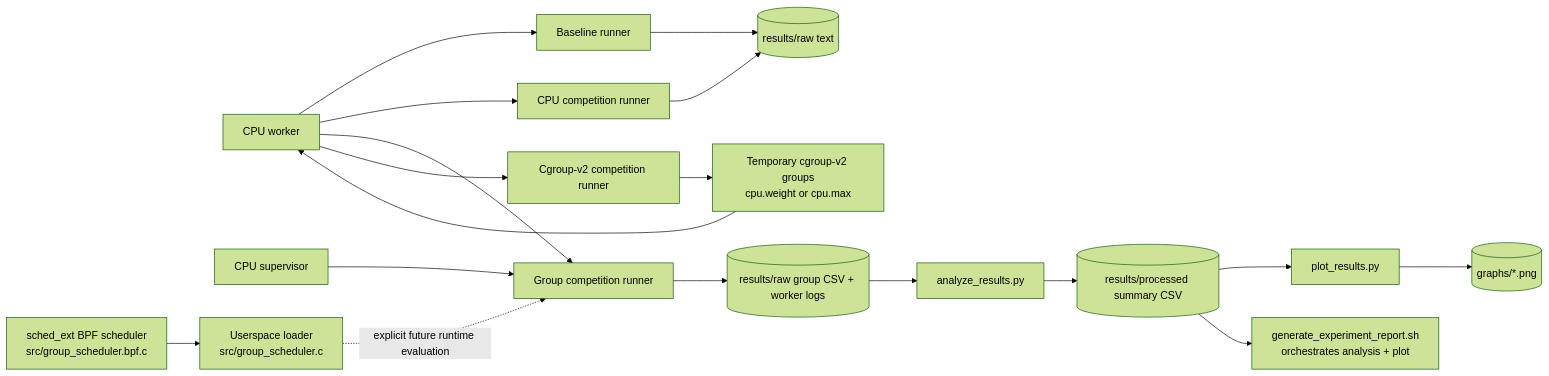
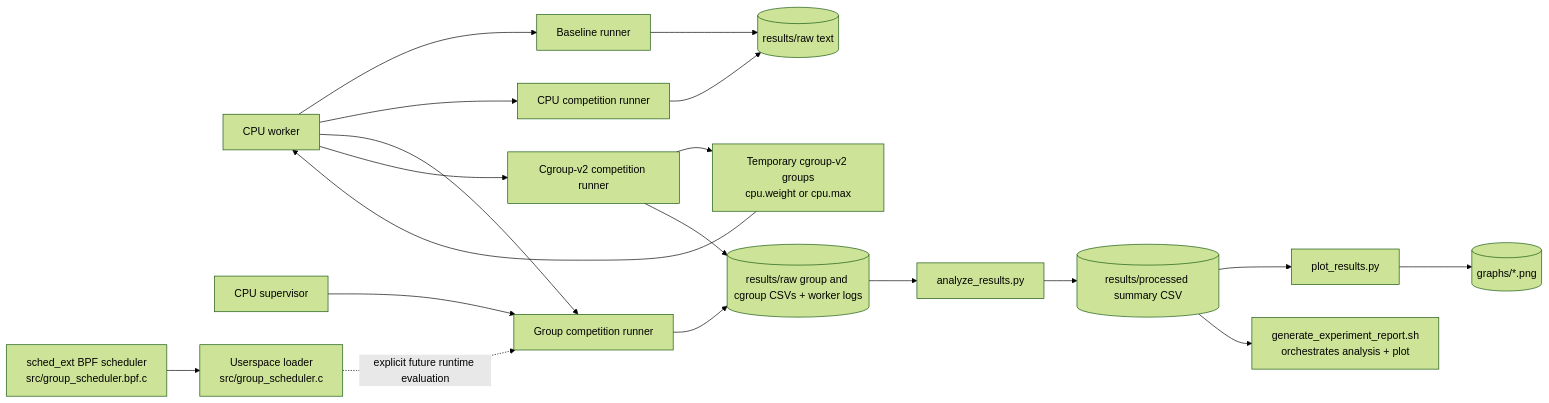
Before and after one commit to Saiveerendra07/container-aware-scheduler: the diagram in README.md, drawn with Mermaid (forest theme). The commit also changed other lines of this file and 11 other files, not shown here.

````diff
--- a/README.md
+++ b/README.md
@@ -83,20 +87,21 @@
 ```mermaid
 flowchart LR
   W[CPU worker] --> B[Baseline runner]
   W --> C[CPU competition runner]
   W --> G[Group competition runner]
   W --> CG[Cgroup-v2 competition runner]
   S[CPU supervisor] --> G
   B --> RT[(results/raw text)]
   C --> RT
-  G --> RC[(results/raw group CSV + worker logs)]
+  G --> RC[(results/raw group and cgroup CSVs + worker logs)]
   CG --> D[Temporary cgroup-v2 groups<br/>cpu.weight or cpu.max]
+  CG --> RC
   D --> W
   SCX[ sched_ext BPF scheduler<br/>src/group_scheduler.bpf.c ] --> L[Userspace loader<br/>src/group_scheduler.c]
   L -. explicit future runtime evaluation .-> G
   RC --> A[analyze_results.py]
   A --> P[(results/processed summary CSV)]
   P --> PL[plot_results.py]
   PL --> GR[(graphs/*.png)]
   P --> R[generate_experiment_report.sh<br/>orchestrates analysis + plot]
 ```
````
